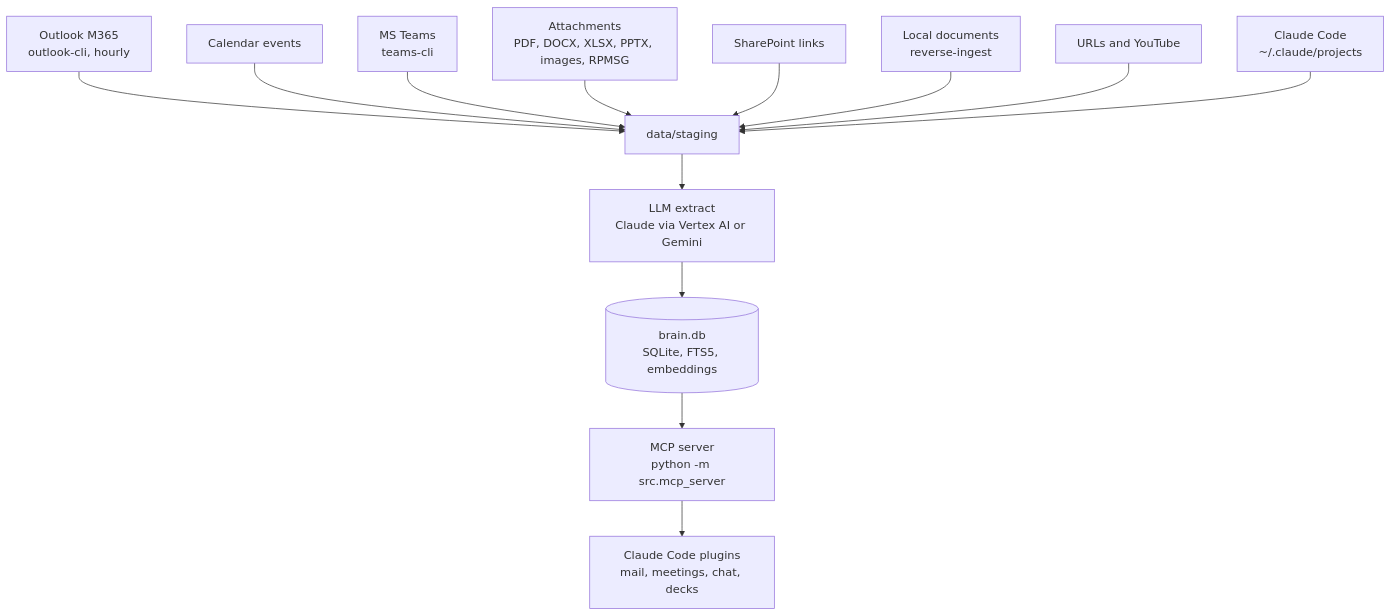
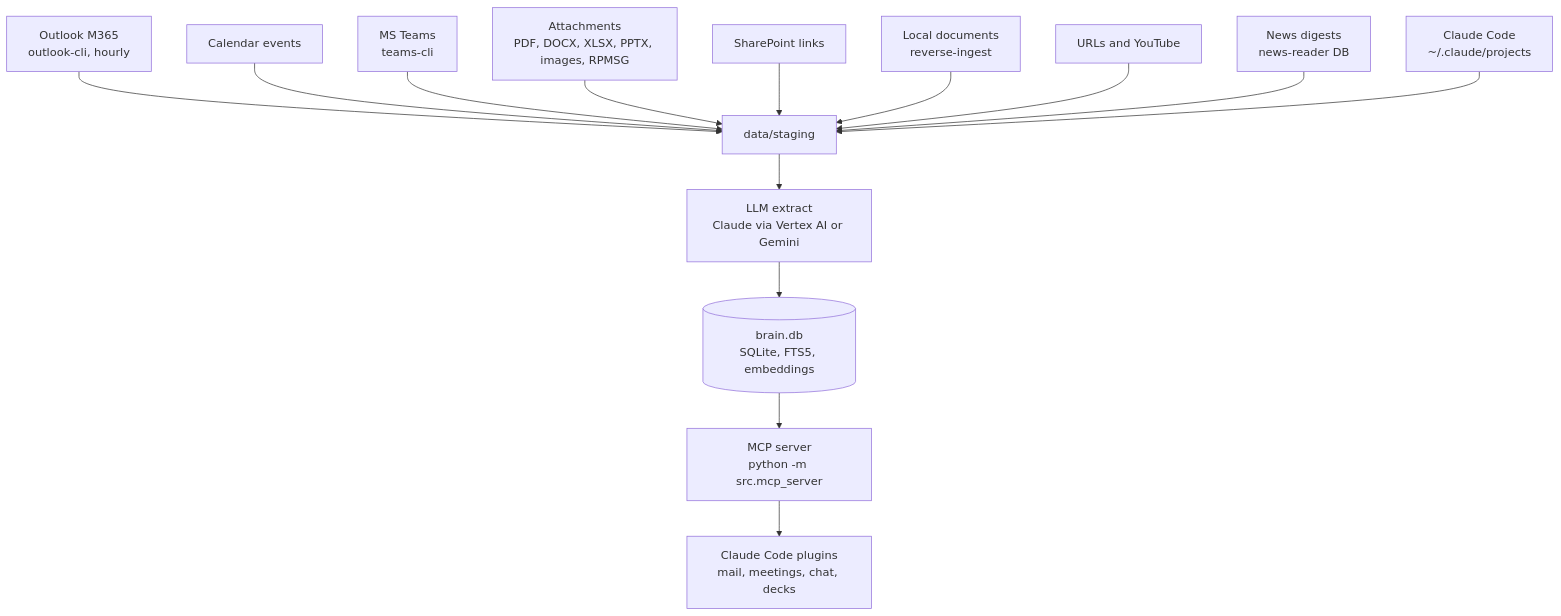
One commit to weirdapps/plessas-second-brain changed the diagram in README.md. Above: the diagram before and after it, drawn with Mermaid. The commit also changed other lines of this file and 42 other files, not shown here.

````diff
--- a/README.md
+++ b/README.md
@@ -23,15 +23,16 @@
 ```mermaid
 graph TD
     O[Outlook M365<br/>outlook-cli, hourly] --> S[data/staging]
     C[Calendar events] --> S
     T[MS Teams<br/>teams-cli] --> S
     A[Attachments<br/>PDF, DOCX, XLSX, PPTX, images, RPMSG] --> S
     P[SharePoint links] --> S
     L[Local documents<br/>reverse-ingest] --> S
     W[URLs and YouTube] --> S
+    N[News digests<br/>news-reader DB] --> S
     K[Claude Code<br/>~/.claude/projects] --> S
     S --> E[LLM extract<br/>Claude via Vertex AI or Gemini]
     E --> D[(brain.db<br/>SQLite, FTS5, embeddings)]
     D --> M[MCP server<br/>python -m src.mcp_server]
     M --> CC[Claude Code plugins<br/>mail, meetings, chat, decks]
 ```
````
